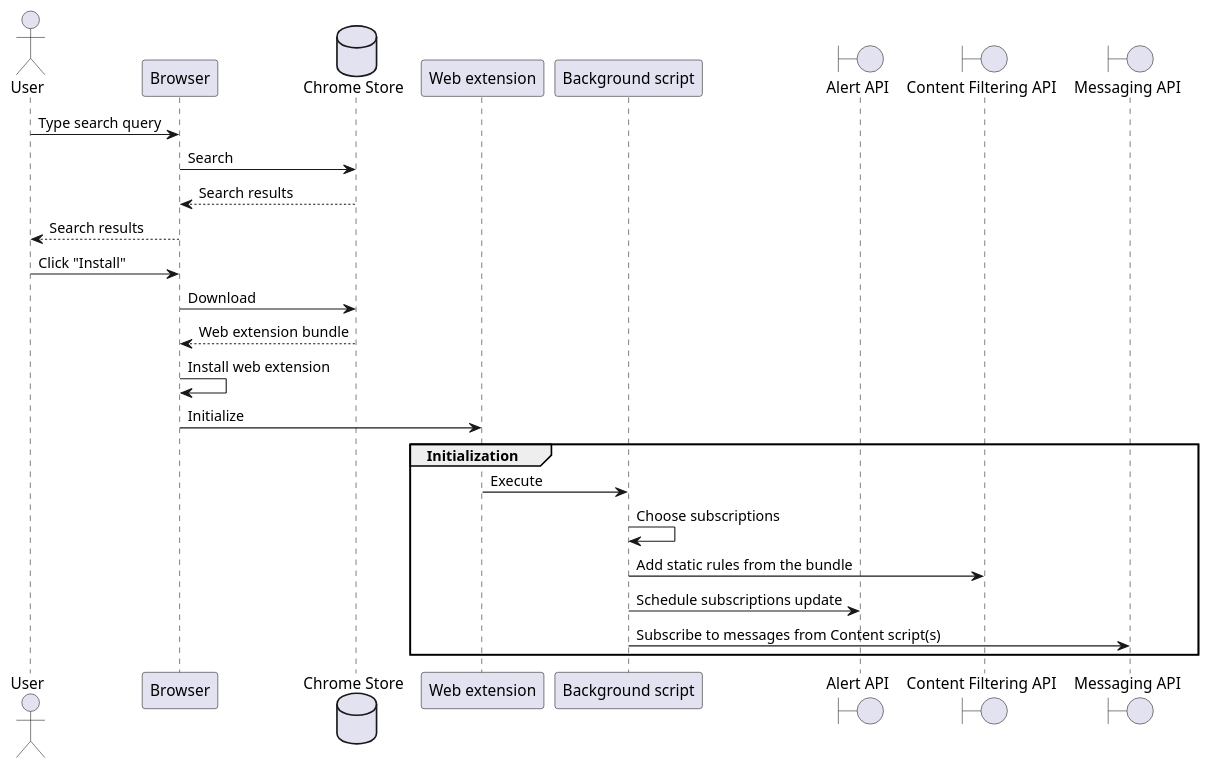
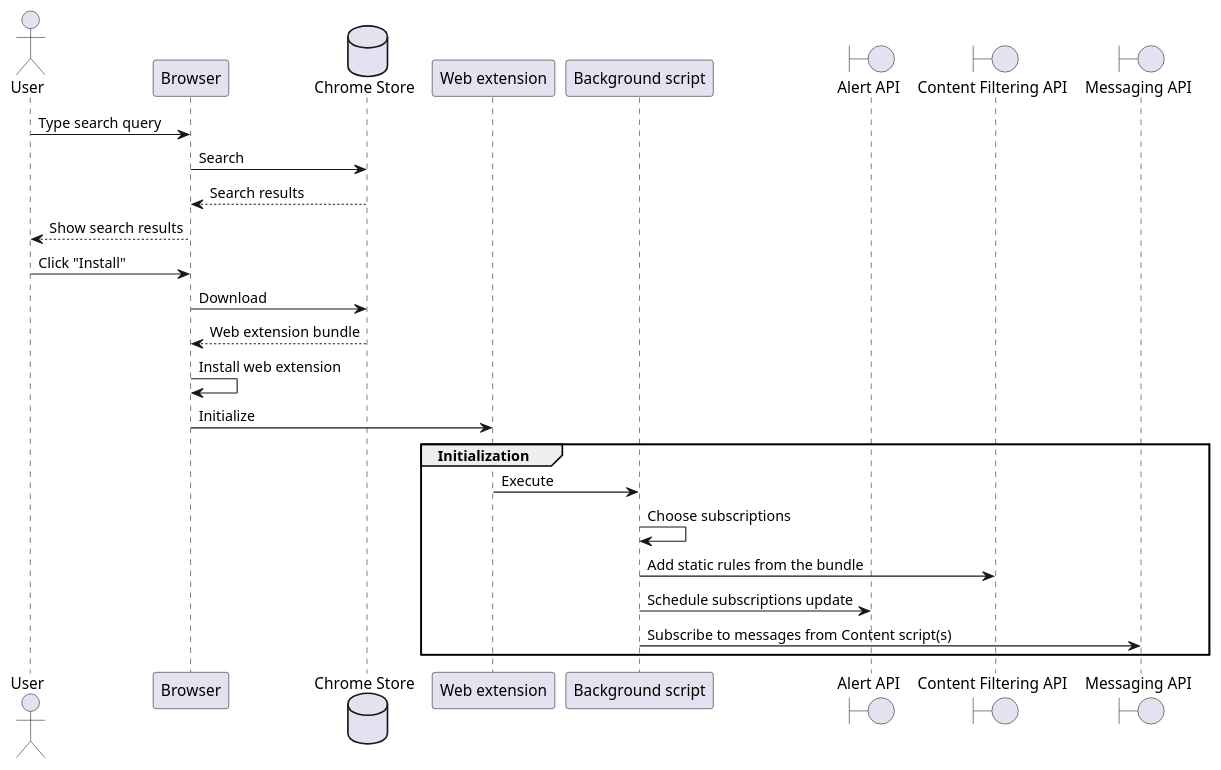
Before and after one commit to 4ntoine/mv3_spec_c4: the diagram in use_case_webext_installation.puml, drawn with PlantUML. The commit also changed 1 other file, not shown here.

```diff
--- a/use_case_webext_installation.puml
+++ b/use_case_webext_installation.puml
@@ -1,28 +1,29 @@
 @startuml
-actor       User            as user
-participant Browser         as browser
-database    "Chrome Store"  as store
-participant "Web extension" as webext
-participant "Background script" as bgScript
-boundary "Alert API"     as schedulerApi
+
+actor       User                 as user
+participant Browser              as browser
+database    "Chrome Store"       as store
+participant "Web extension"      as webext
+participant "Background script"  as bgScript
+boundary "Alert API"             as schedulerApi
 boundary "Content Filtering API" as cfApi
-boundary "Messaging API" as messagingApi
+boundary "Messaging API"         as messagingApi
 
 user -> browser : Type search query 
 browser -> store : Search 
 return Search results
-browser --> user : Search results
+browser --> user : Show search results
 user -> browser : Click "Install"
 browser -> store : Download
 return Web extension bundle
 browser -> browser : Install web extension
 browser -> webext : Initialize
 group Initialization
     webext -> bgScript : Execute
     bgScript -> bgScript : Choose subscriptions
     bgScript -> cfApi : Add static rules from the bundle
     bgScript -> schedulerApi : Schedule subscriptions update
     bgScript -> messagingApi : Subscribe to messages from Content script(s)
 end
 
 @enduml
```
